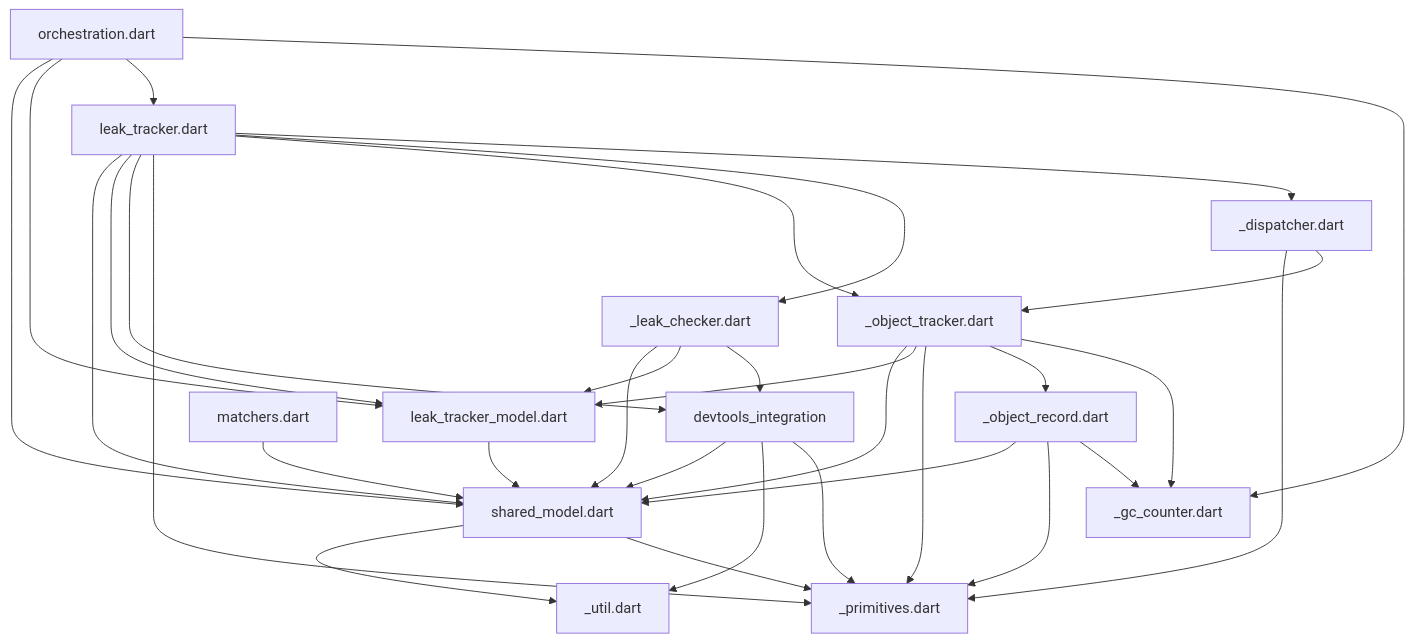
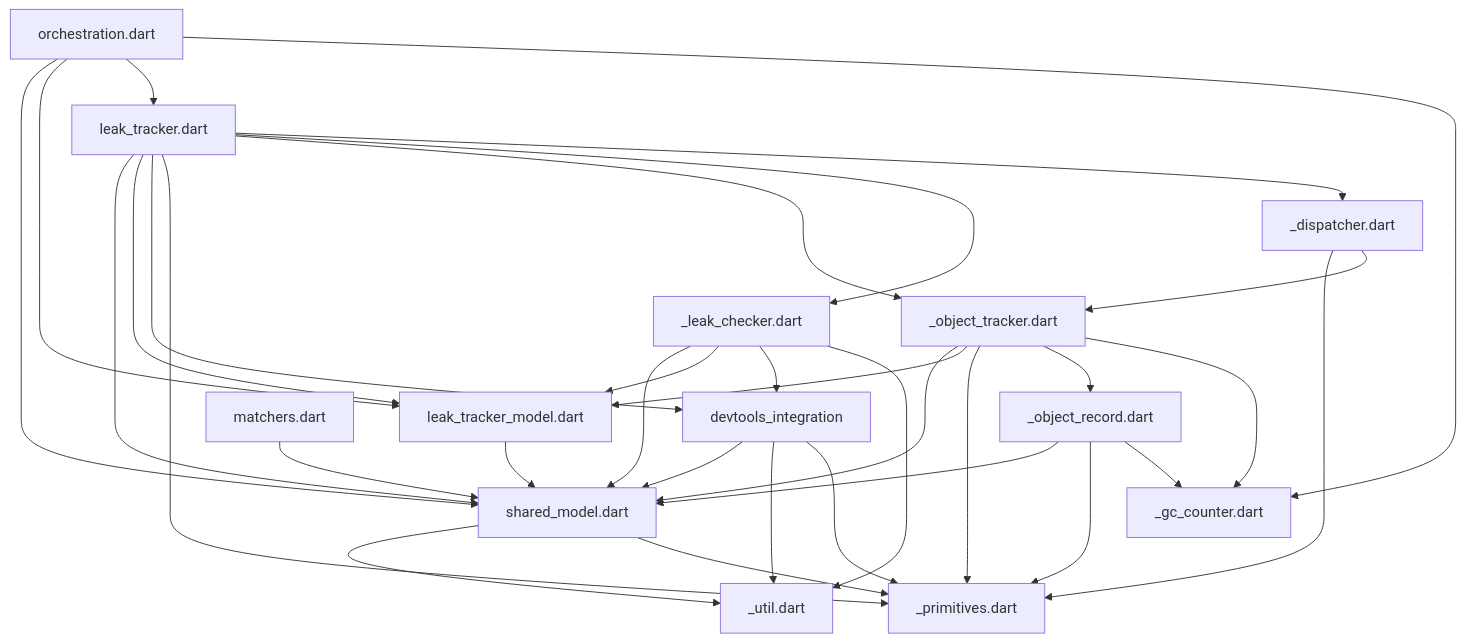
One commit to dart-lang/leak_tracker changed the diagram in lib/src/DEPENDENCIES.md. Above: the diagram before and after it, drawn with Mermaid. The commit also changed other lines of this file and 8 other files, not shown here.

````diff
--- a/lib/src/DEPENDENCIES.md
+++ b/lib/src/DEPENDENCIES.md
@@ -6,34 +6,35 @@
 ```mermaid
 flowchart TD;
 _dispatcher.dart-->_object_tracker.dart;
 _dispatcher.dart-->_primitives.dart;
+_leak_checker.dart-->_util.dart;
 _leak_checker.dart-->devtools_integration;
 _leak_checker.dart-->leak_tracker_model.dart;
 _leak_checker.dart-->shared_model.dart;
 _object_record.dart-->_gc_counter.dart;
 _object_record.dart-->_primitives.dart;
 _object_record.dart-->shared_model.dart;
 _object_tracker.dart-->_gc_counter.dart;
 _object_tracker.dart-->_object_record.dart;
 _object_tracker.dart-->_primitives.dart;
 _object_tracker.dart-->leak_tracker_model.dart;
 _object_tracker.dart-->shared_model.dart;
 devtools_integration-->_primitives.dart;
 devtools_integration-->_util.dart;
 devtools_integration-->shared_model.dart;
 leak_tracker.dart-->_dispatcher.dart;
 leak_tracker.dart-->_leak_checker.dart;
 leak_tracker.dart-->_object_tracker.dart;
 leak_tracker.dart-->_primitives.dart;
 leak_tracker.dart-->devtools_integration;
 leak_tracker.dart-->leak_tracker_model.dart;
 leak_tracker.dart-->shared_model.dart;
 leak_tracker_model.dart-->shared_model.dart;
 matchers.dart-->shared_model.dart;
 orchestration.dart-->_gc_counter.dart;
 orchestration.dart-->leak_tracker.dart;
 orchestration.dart-->leak_tracker_model.dart;
 orchestration.dart-->shared_model.dart;
 shared_model.dart-->_primitives.dart;
 shared_model.dart-->_util.dart;
 ```
````
